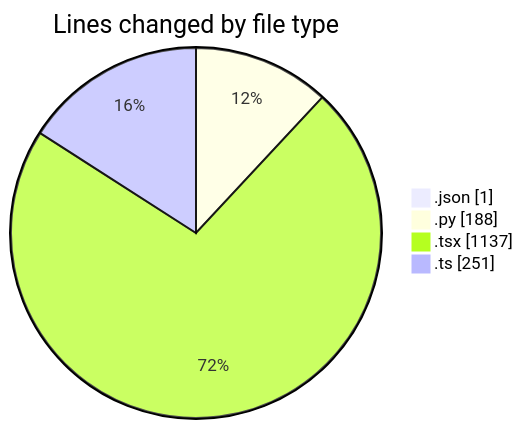
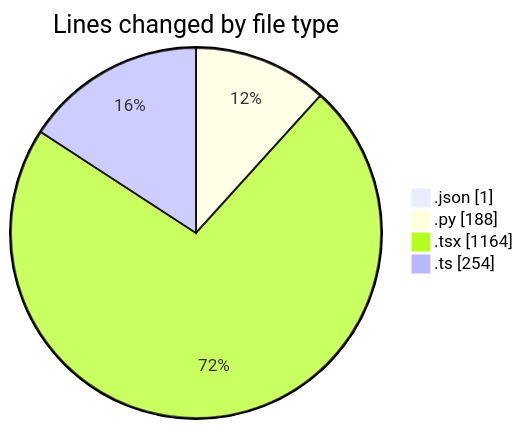
The first of 2 diagrams in 2025-10-06/eventscop-frontend-guide__workspace_/README.md (julien-gomy/code-tracking), drawn with Mermaid before and after one commit. The commit also changed other lines of this file and 1 other file, not shown here.

````diff
--- a/2025-10-06/eventscop-frontend-guide__workspace_/README.md
+++ b/2025-10-06/eventscop-frontend-guide__workspace_/README.md
@@ -25,8 +25,8 @@
 ```mermaid
 pie showData
 title Lines changed by file type
 ".json" : 1
 ".py" : 188
-".tsx" : 1137
-".ts" : 251
+".tsx" : 1164
+".ts" : 254
 ```
````
